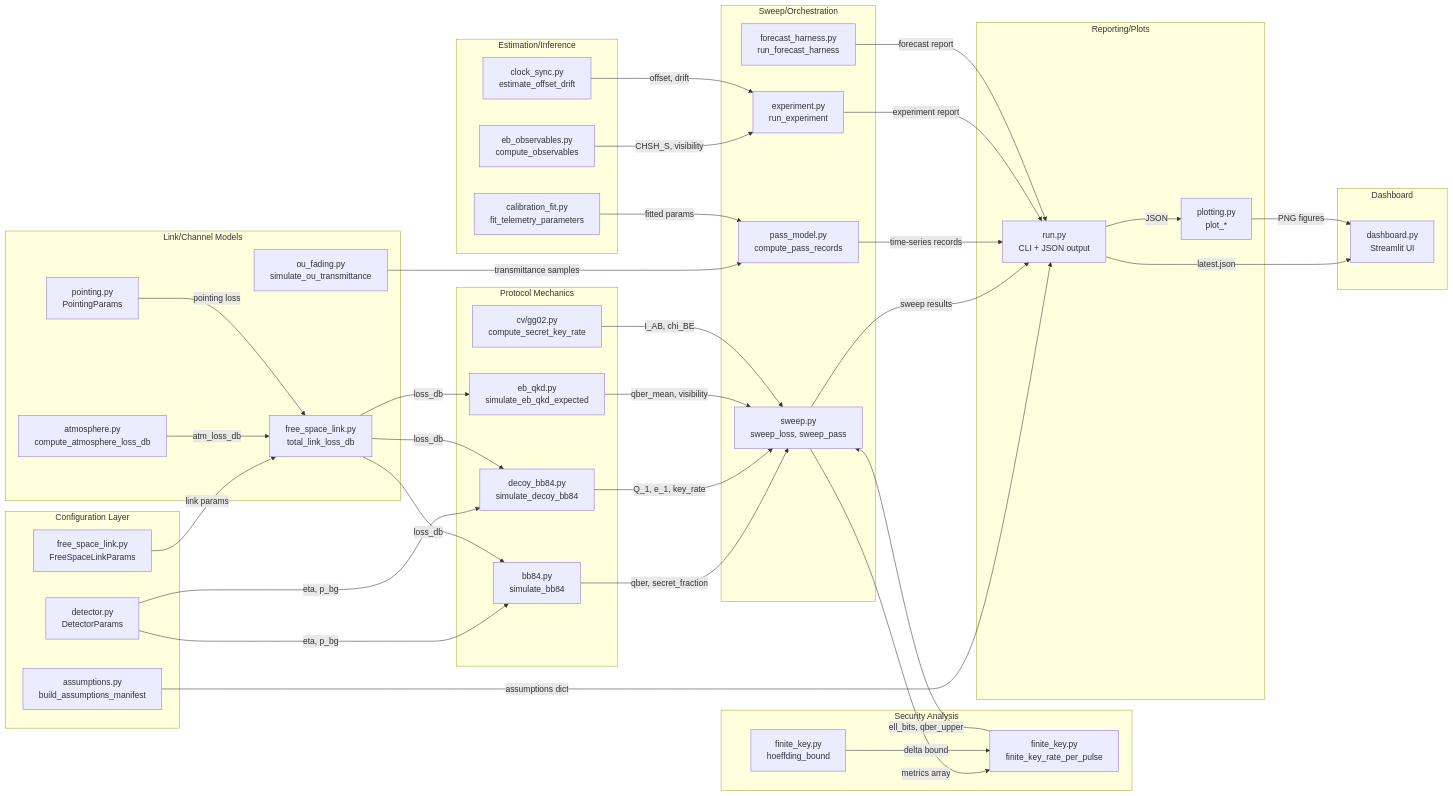
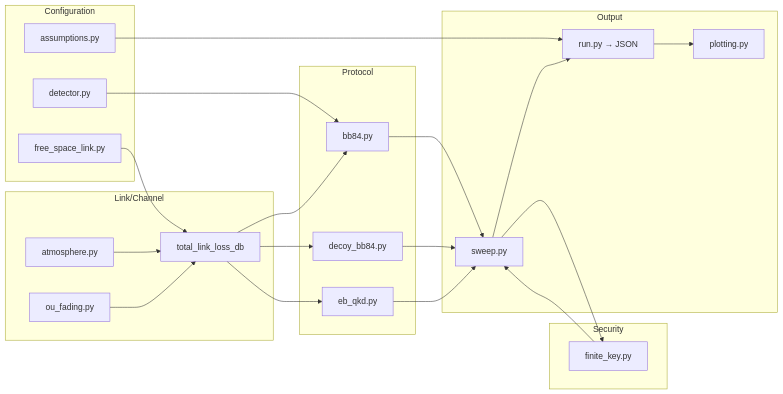
Before and after one commit to christopher-altman/sat-qkd-security-curves: the diagram in README.md, drawn with Mermaid. The commit also changed other lines of this file and 1 other file, not shown here.

Commit message:
docs: add link model card contract and README physical assumptions

````diff
--- a/README.md
+++ b/README.md
@@ -543,83 +542,50 @@
 ```mermaid
 flowchart LR
-    subgraph Config["Configuration Layer"]
-        A[assumptions.py<br/>build_assumptions_manifest]
-        D[detector.py<br/>DetectorParams]
-        L[free_space_link.py<br/>FreeSpaceLinkParams]
+    subgraph Config["Configuration"]
+        A[assumptions.py]
+        D[detector.py]
+        L[free_space_link.py]
     end
 
-    subgraph Link["Link/Channel Models"]
-        FL[free_space_link.py<br/>total_link_loss_db]
-        AT[atmosphere.py<br/>compute_atmosphere_loss_db]
-        OU[ou_fading.py<br/>simulate_ou_transmittance]
-        PT[pointing.py<br/>PointingParams]
+    subgraph Link["Link/Channel"]
+        FL[total_link_loss_db]
+        AT[atmosphere.py]
+        OU[ou_fading.py]
     end
 
-    subgraph Protocol["Protocol Mechanics"]
-        BB[bb84.py<br/>simulate_bb84]
-        DC[decoy_bb84.py<br/>simulate_decoy_bb84]
-        EB[eb_qkd.py<br/>simulate_eb_qkd_expected]
-        CV[cv/gg02.py<br/>compute_secret_key_rate]
+    subgraph Protocol["Protocol"]
+        BB[bb84.py]
+        DC[decoy_bb84.py]
+        EB[eb_qkd.py]
     end
 
-    subgraph Security["Security Analysis"]
-        FK[finite_key.py<br/>finite_key_rate_per_pulse]
-        HB[finite_key.py<br/>hoeffding_bound]
+    subgraph Security["Security"]
+        FK[finite_key.py]
     end
 
-    subgraph Estimation["Estimation/Inference"]
-        CF[calibration_fit.py<br/>fit_telemetry_parameters]
-        EO[eb_observables.py<br/>compute_observables]
-        CS[clock_sync.py<br/>estimate_offset_drift]
+    subgraph Output["Output"]
+        SW[sweep.py]
+        PL[plotting.py]
+        RN[run.py → JSON]
     end
 
-    subgraph Sweep["Sweep/Orchestration"]
-        SW[sweep.py<br/>sweep_loss, sweep_pass]
-        PM[pass_model.py<br/>compute_pass_records]
-        EX[experiment.py<br/>run_experiment]
-        FH[forecast_harness.py<br/>run_forecast_harness]
-    end
+    A --> RN
+    D --> BB
+    L --> FL
+    AT --> FL
+    OU --> FL
 
-    subgraph Output["Reporting/Plots"]
-        PL[plotting.py<br/>plot_*]
-        RN[run.py<br/>CLI + JSON output]
-    end
+    FL --> BB
+    FL --> DC
+    FL --> EB
 
-    subgraph UI["Dashboard"]
-        DB[dashboard.py<br/>Streamlit UI]
-    end
+    BB --> SW
+    DC --> SW
+    EB --> SW
 
-    A -->|assumptions dict| RN
-    D -->|eta, p_bg| BB
-    D -->|eta, p_bg| DC
-    L -->|link params| FL
+    SW --> FK
+    FK --> SW
 
-    FL -->|loss_db| BB
-    FL -->|loss_db| DC
-    FL -->|loss_db| EB
-    AT -->|atm_loss_db| FL
-    OU -->|transmittance samples| PM
-    PT -->|pointing loss| FL
-
-    BB -->|qber, secret_fraction| SW
-    DC -->|Q_1, e_1, key_rate| SW
-    EB -->|qber_mean, visibility| SW
-    CV -->|I_AB, chi_BE| SW
-
-    SW -->|metrics array| FK
-    FK -->|ell_bits, qber_upper| SW
-    HB -->|delta bound| FK
-
-    CF -->|fitted params| PM
-    EO -->|CHSH_S, visibility| EX
-    CS -->|offset, drift| EX
-
-    SW -->|sweep results| RN
-    PM -->|time-series records| RN
-    EX -->|experiment report| RN
-    FH -->|forecast report| RN
-
-    RN -->|JSON| PL
-    RN -->|latest.json| DB
-    PL -->|PNG figures| DB
+    SW --> RN
+    RN --> PL
 ```
````
